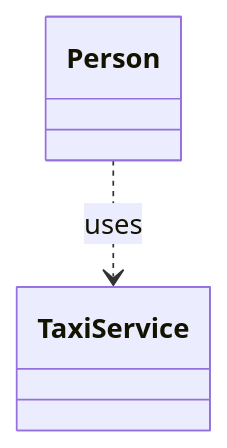
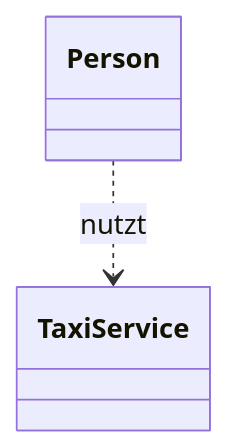
The third of 12 diagrams in slides/content/slides/SWP/PR/18_uml-class-diagram.md (HTL-Wolfsberg-Betriebsinformatik/skript), drawn with Mermaid before and after one commit. The commit also changed other lines of this file, not shown here.

Commit message:
updated: uml class diagram

````diff
--- a/slides/content/slides/SWP/PR/18_uml-class-diagram.md
+++ b/slides/content/slides/SWP/PR/18_uml-class-diagram.md
@@ -113,10 +198,6 @@
 ```mermaid
 classDiagram
-    class Person {
-    }
-
-    class TaxiService {
-    }
-
-    Person ..> TaxiService : uses
+    class Person
+    class TaxiService
+    Person ..> TaxiService : nutzt
 ```
````
